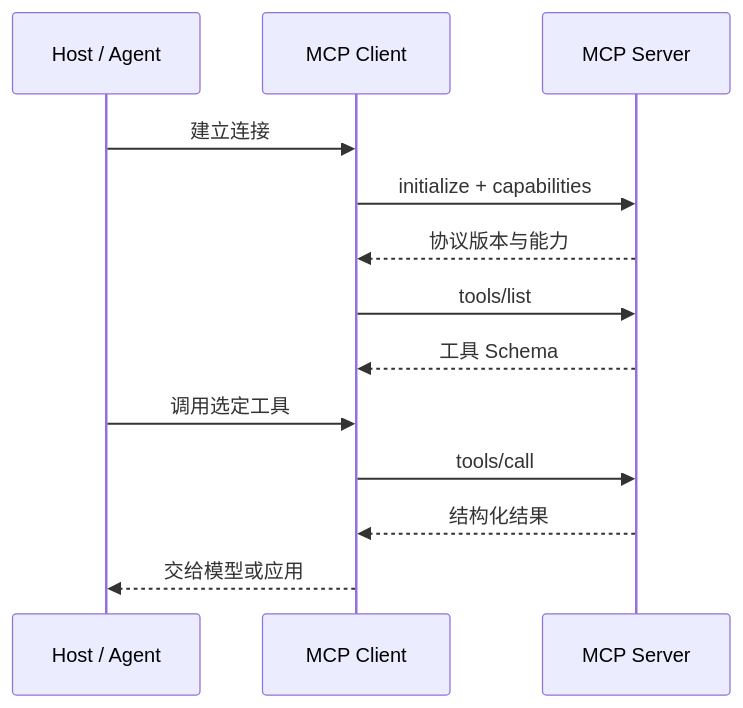
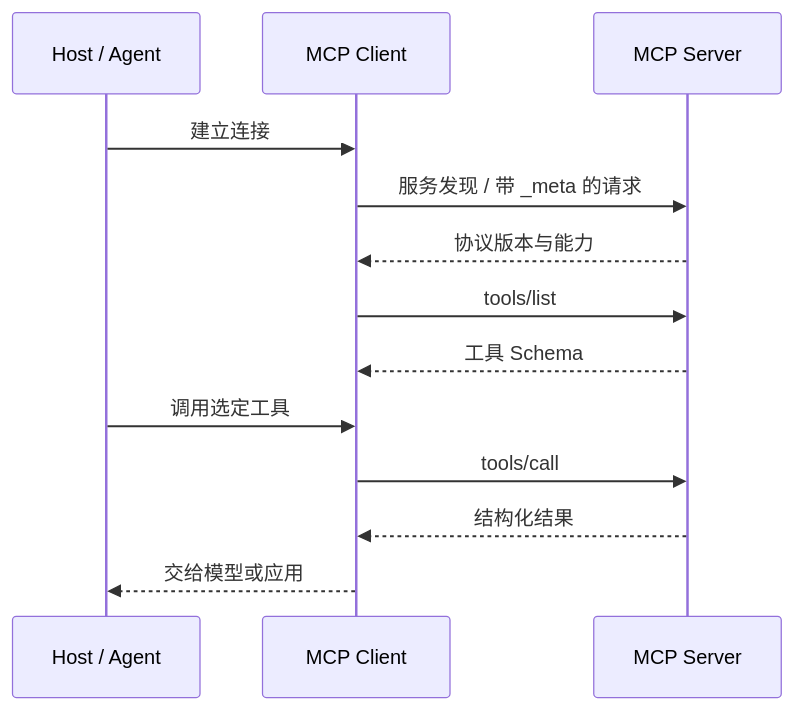
The fourth of 9 diagrams in books/单行本/Agent 开发学习笔记：从原理、技术栈到工程落地.md (lijihao-0804/interview-forge), drawn with Mermaid before and after one commit. The commit also changed other lines of this file and 643 other files, not shown here.

````diff
--- a/books/单行本/Agent 开发学习笔记：从原理、技术栈到工程落地.md
+++ b/books/单行本/Agent 开发学习笔记：从原理、技术栈到工程落地.md
@@ -405,15 +405,15 @@
 ```mermaid
 sequenceDiagram
     participant H as Host / Agent
     participant C as MCP Client
     participant S as MCP Server
     H->>C: 建立连接
-    C->>S: initialize + capabilities
+    C->>S: 服务发现 / 带 _meta 的请求
     S-->>C: 协议版本与能力
     C->>S: tools/list
     S-->>C: 工具 Schema
     H->>C: 调用选定工具
     C->>S: tools/call
     S-->>C: 结构化结果
     C-->>H: 交给模型或应用
 ```
````
